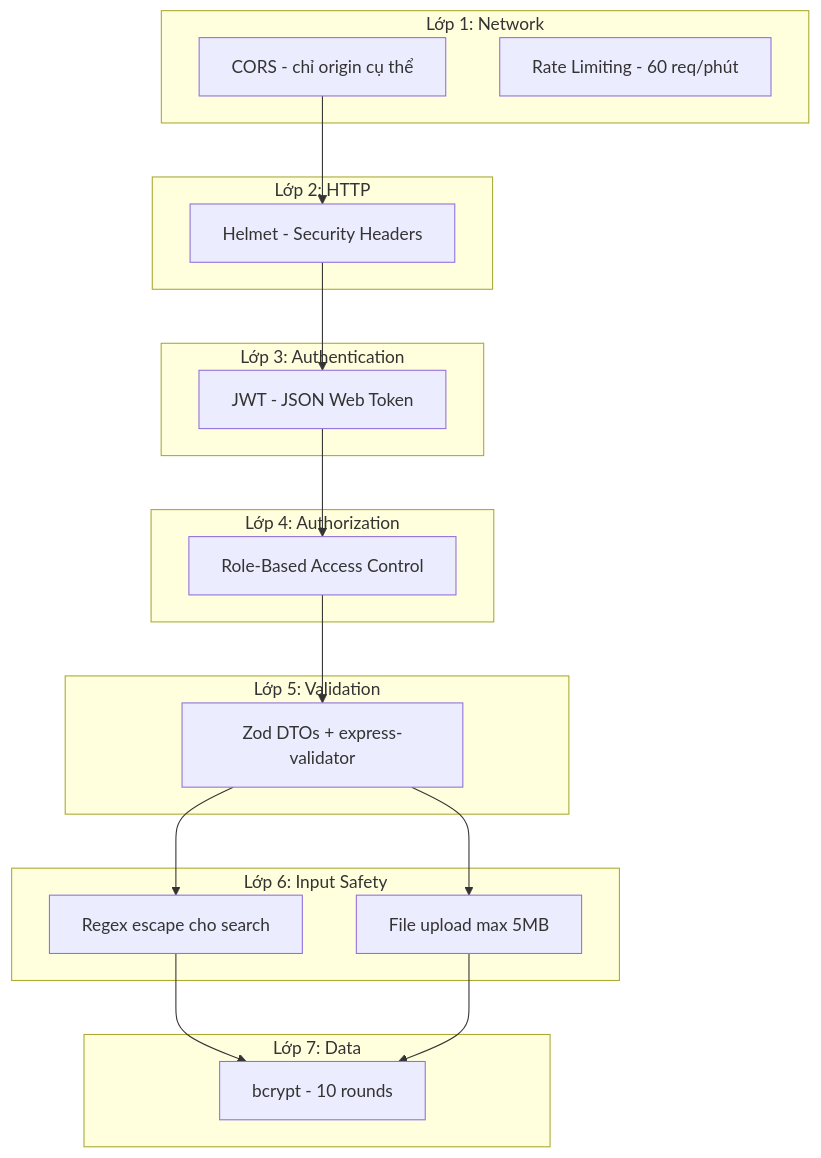
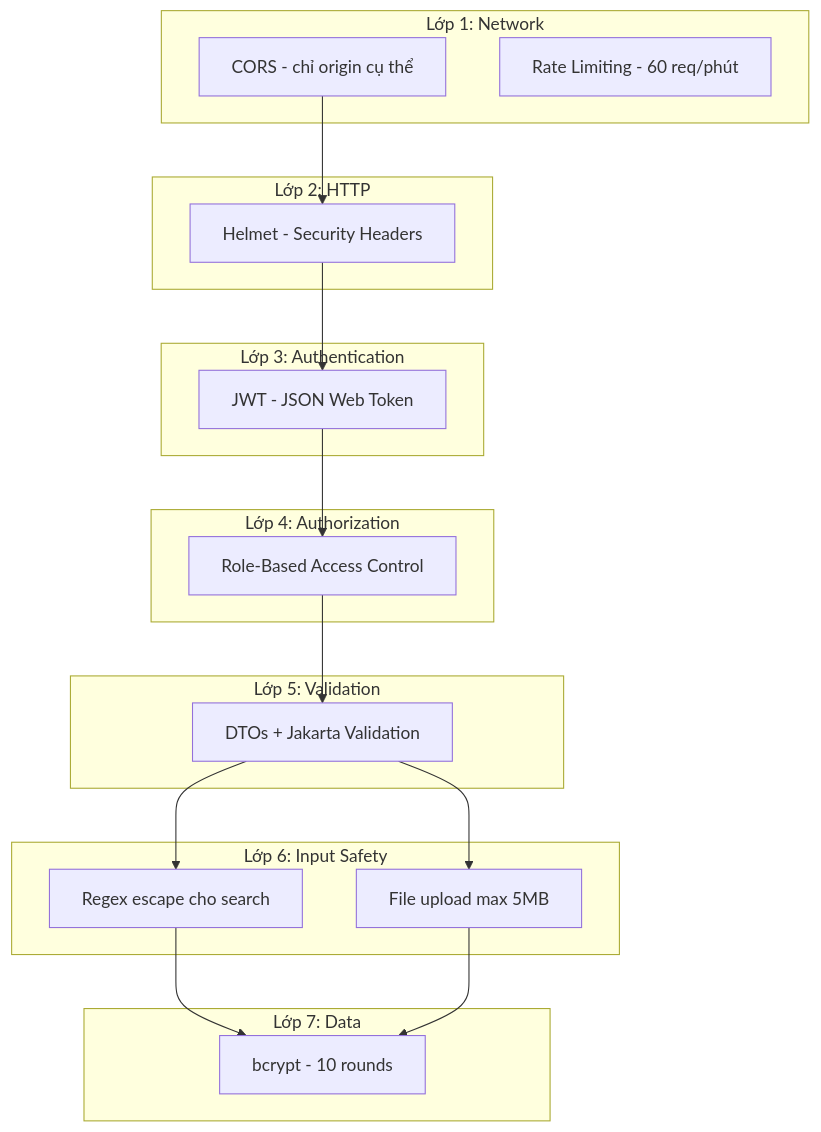
Diagram 21 of 24 in docs/SDD.md (nghiaxh/hr-management), drawn with Mermaid before and after one commit. The commit also changed other lines of this file and 3 other files, not shown here.

````diff
--- a/docs/SDD.md
+++ b/docs/SDD.md
@@ -1103,27 +1102,27 @@
 ```mermaid
 graph TB
     subgraph "Lớp 1: Network"
         CORS[CORS - chỉ origin cụ thể]
         RATE[Rate Limiting - 60 req/phút]
     end
     subgraph "Lớp 2: HTTP"
         HELMET[Helmet - Security Headers]
     end
     subgraph "Lớp 3: Authentication"
         JWT[JWT - JSON Web Token]
     end
     subgraph "Lớp 4: Authorization"
         RBAC[Role-Based Access Control]
     end
     subgraph "Lớp 5: Validation"
-        DTO[Zod DTOs + express-validator]
+        DTO[DTOs + Jakarta Validation]
     end
     subgraph "Lớp 6: Input Safety"
         ESCAPE[Regex escape cho search]
         SIZE[File upload max 5MB]
     end
     subgraph "Lớp 7: Data"
         BCRYPT[bcrypt - 10 rounds]
     end
     CORS --> HELMET --> JWT --> RBAC --> DTO --> ESCAPE & SIZE --> BCRYPT
 ```
````
